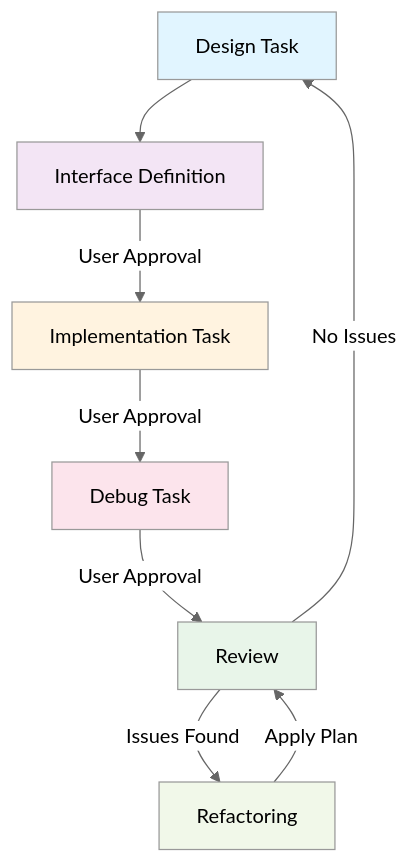
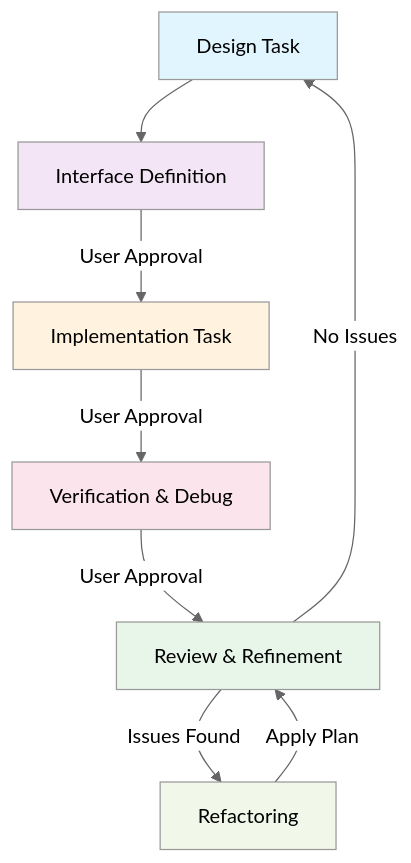
One commit to kmt-t/fireball changed the diagram in .agent/workflows/development_cycle.md. Above: the diagram before and after it, drawn with Mermaid (neutral theme). The commit also changed other lines of this file and 3891 other files, not shown here.

````diff
--- a/.agent/workflows/development_cycle.md
+++ b/.agent/workflows/development_cycle.md
@@ -7,17 +5,17 @@
 ```mermaid
 graph TB
     Design[Design Task] --> Interface[Interface Definition]
     Interface -->|User Approval| Implementation[Implementation Task]
-    Implementation -->|User Approval| Debug[Debug Task]
-    Debug -->|User Approval| Review[Review]
+    Implementation -->|User Approval| Verification[Verification & Debug]
+    Verification -->|User Approval| Review[Review & Refinement]
     Review -->|Issues Found| Refactor[Refactoring]
     Refactor -->|Apply Plan| Review
     Review -->|No Issues| Design
     
     style Design fill:#E1F5FF
     style Interface fill:#F3E5F5
     style Implementation fill:#FFF3E0
-    style Debug fill:#FCE4EC
+    style Verification fill:#FCE4EC
     style Review fill:#E8F5E9
     style Refactor fill:#F1F8E9
 ```
````
